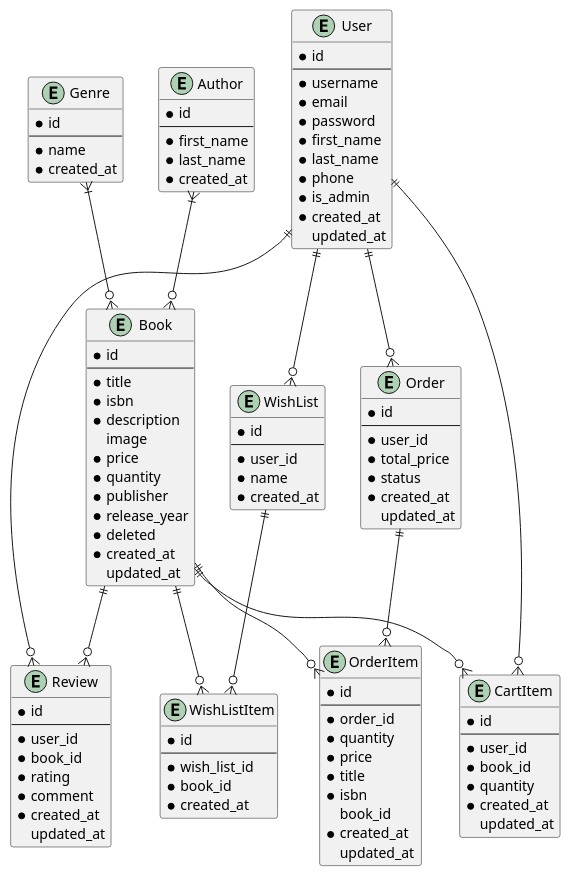
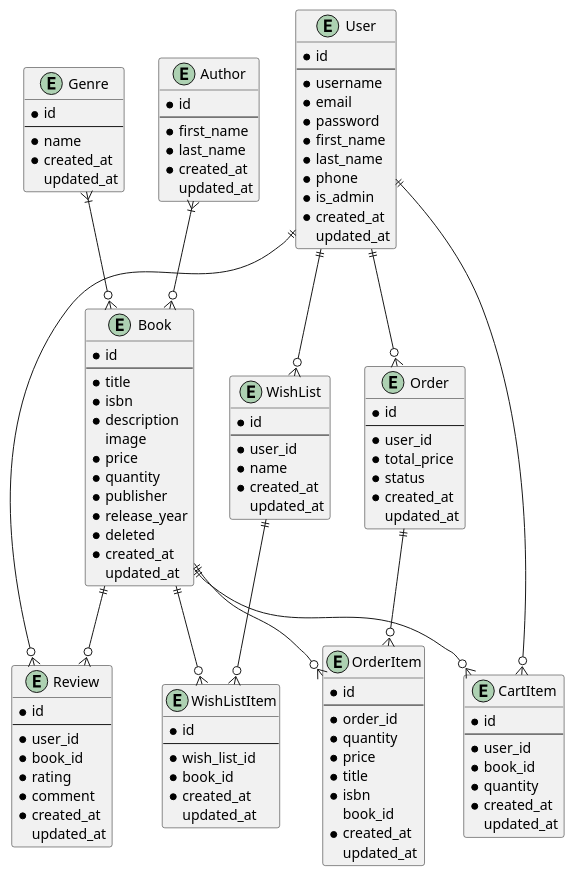
Before and after one commit to kacvinsky-tom/BookHub: the diagram in Diagrams/ERD.puml, drawn with PlantUML.

Commit message:
Added updated_at to every entity in ERD diagram

```diff
--- a/Diagrams/ERD.puml
+++ b/Diagrams/ERD.puml
@@ -1,121 +1,125 @@
 @startuml
 
 entity User {
     *id
     --
     *username
     *email
     *password
     *first_name
     *last_name
     *phone
     *is_admin
     *created_at
     updated_at
 }
 
 entity Book {
     *id
     --
     *title
     *isbn
     *description
     image
     *price
     *quantity
     *publisher
     *release_year
     *deleted
     *created_at
     updated_at
 }
 
 entity Genre {
     *id
     --
     *name
     *created_at
+    updated_at
 }
 
 entity Author {
     *id
     --
     *first_name
     *last_name
     *created_at
+    updated_at
 }
 
 entity Order {
     *id
     --
     *user_id
     *total_price
     *status
     *created_at
     updated_at
 }
 
 entity OrderItem {
     *id
     --
     *order_id
     *quantity
     *price
     *title
     *isbn
     book_id
     *created_at
     updated_at
 }
 
 entity CartItem {
     *id
     --
     *user_id
     *book_id
     *quantity
     *created_at
     updated_at
 }
 
 entity Review {
     *id
     --
     *user_id
     *book_id
     *rating
     *comment
     *created_at
     updated_at
 }
 
 entity WishList {
     *id
     --
     *user_id
     *name
     *created_at
+    updated_at
 }
 
 entity WishListItem {
     *id
     --
     *wish_list_id
     *book_id
     *created_at
+    updated_at
 }
 
 User ||--o{ Order
 Order ||--o{ OrderItem
 User ||--o{ CartItem
 Book ||--o{ CartItem
 User ||--o{ Review
 Book ||--o{ Review
 User ||--o{ WishList
 WishList ||--o{ WishListItem
 Book ||--o{ WishListItem
 Book ||--o{ OrderItem
 Author }|--o{ Book
 Genre }|--o{ Book
 
 @enduml
```
